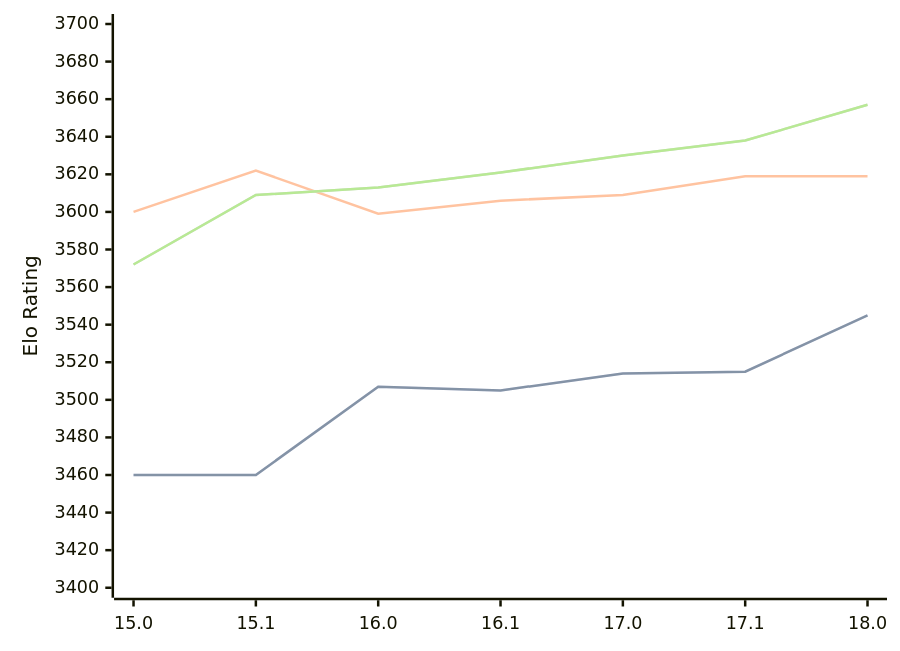
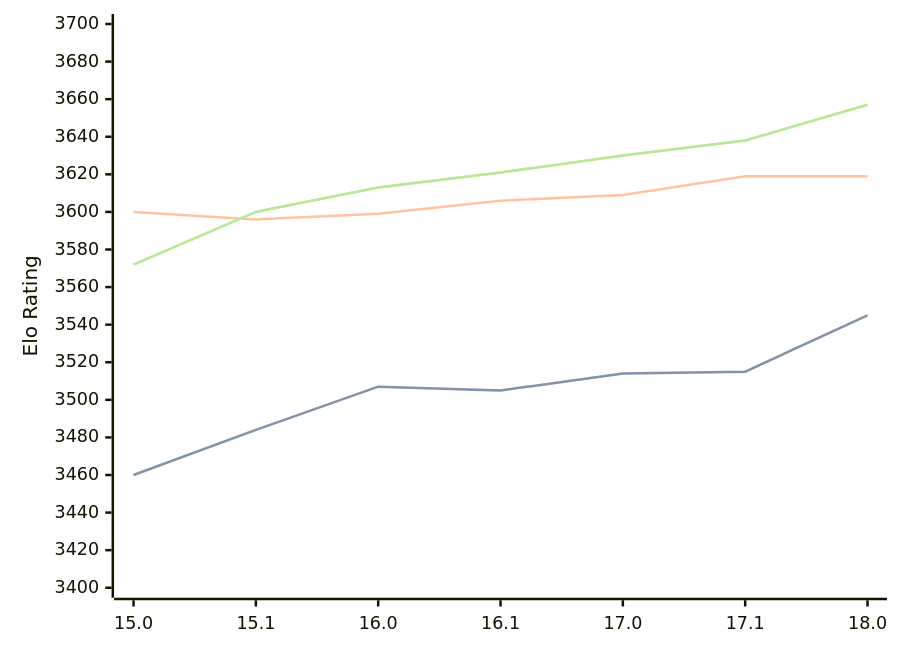
The diagram in engines/Stockfish.md (computer-chess-index/cci), drawn with Mermaid before and after one commit. The commit also changed other lines of this file, not shown here.

Commit message:
Update CCI Ratings (ELO VLTC) - 2026-02-13

````diff
--- a/engines/Stockfish.md
+++ b/engines/Stockfish.md
@@ -43,11 +43,11 @@
 ```mermaid
 %%{init: {"theme":"base","themeVariables":{"seriesColors:['#a3a3a3','#222221','#faa371']}}}%%
 xychart-beta
   x-axis ["15.0", "15.1", "16.0", "16.1", "17.0", "17.1", "18.0"]
   y-axis "Elo Rating" 3400 --> 3700
-  line "STC (8.0+0.08s)" [3460, 3460, 3507, 3505, 3514, 3515, 3545]
-  line "STC (8.0+0.08s)" [3460, 3460, 3507, 3505, 3514, 3515, 3545]
-  line "LTC (60.0+0.60s)" [3600, 3622, 3599, 3606, 3609, 3619, 3619]
-  line "VLTC (2m24s+1.12s)" [3572, 3609, 3613, 3621, 3630, 3638, 3657]
-  line "VLTC (2m24s+1.12s)" [3572, 3609, 3613, 3621, 3630, 3638, 3657]
+  line "STC (8.0+0.08s)" [3460, 3484, 3507, 3505, 3514, 3515, 3545]
+  line "STC (8.0+0.08s)" [3460, 3484, 3507, 3505, 3514, 3515, 3545]
+  line "LTC (60.0+0.60s)" [3600, 3596, 3599, 3606, 3609, 3619, 3619]
+  line "VLTC (2m24s+1.12s)" [3572, 3600, 3613, 3621, 3630, 3638, 3657]
+  line "VLTC (2m24s+1.12s)" [3572, 3600, 3613, 3621, 3630, 3638, 3657]
 ```
````
